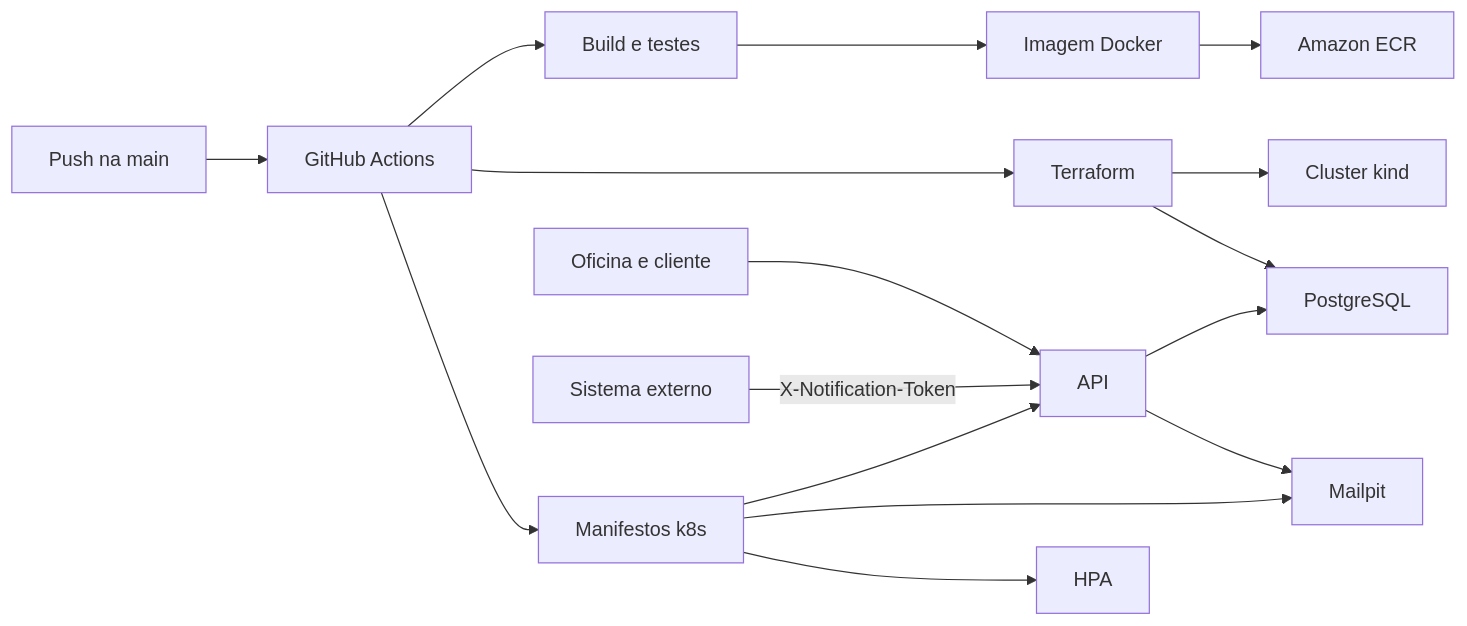
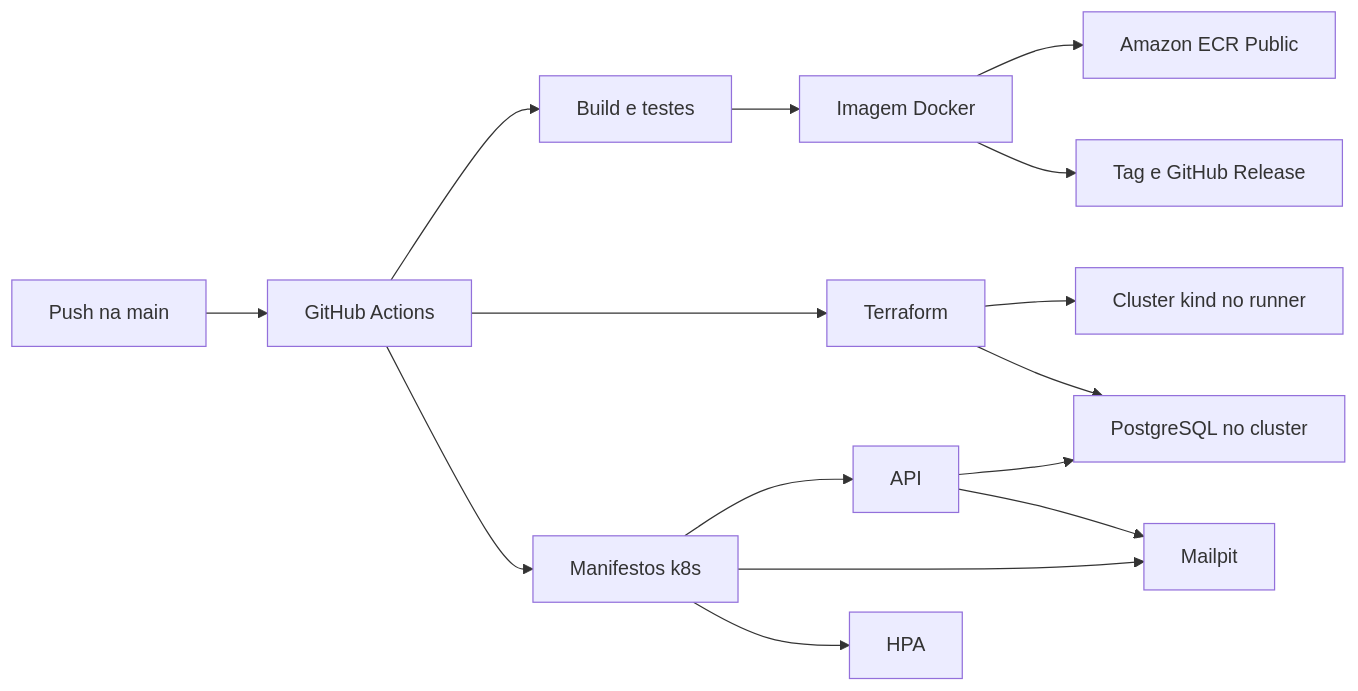
One commit to fiap-group123/auto-repair-shop changed the diagram in README.md. Above: the diagram before and after it, drawn with Mermaid. The commit also changed other lines of this file and 13 other files, not shown here.

````diff
--- a/README.md
+++ b/README.md
@@ -29,18 +230,17 @@
 ```mermaid
 flowchart LR
   dev[Push na main] --> gha[GitHub Actions]
   gha --> checks[Build e testes]
   checks --> image[Imagem Docker]
-  image --> ecr[Amazon ECR]
+  image --> ecr[Amazon ECR Public]
+  image --> release[Tag e GitHub Release]
   gha --> tf[Terraform]
-  tf --> kind[Cluster kind]
-  tf --> pg[PostgreSQL]
+  tf --> kind[Cluster kind no runner]
+  tf --> pg[PostgreSQL no cluster]
   gha --> yml[Manifestos k8s]
   yml --> api[API]
   yml --> mail[Mailpit]
   yml --> hpa[HPA]
   api --> pg
   api --> mail
-  oficina[Oficina e cliente] --> api
-  externo[Sistema externo] -->|X-Notification-Token| api
 ```
````
